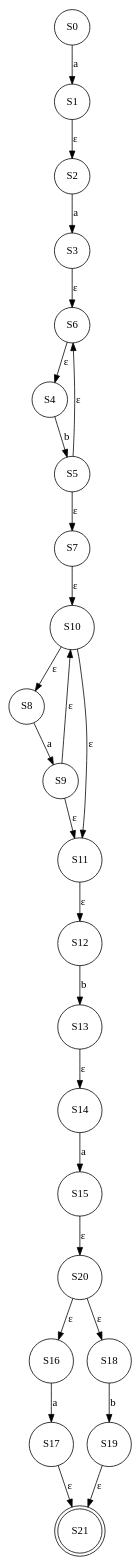
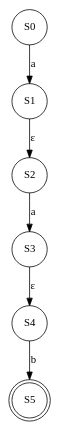
The diagram in output/nfa/nfa.gv (ZiadSheriif/AutoMajestic), drawn with Graphviz before and after one commit. The commit also changed 10 other files, not shown here.

```diff
--- a/output/nfa/nfa.gv
+++ b/output/nfa/nfa.gv
@@ -1,49 +1,13 @@
-digraph {
+digraph NFA {
 	S0 [shape=circle]
 	S0 -> S1 [label=a]
 	S1 [shape=circle]
 	S1 -> S2 [label="ε"]
-	S10 [shape=circle]
-	S10 -> S8 [label="ε"]
-	S10 -> S11 [label="ε"]
-	S11 [shape=circle]
-	S11 -> S12 [label="ε"]
-	S12 [shape=circle]
-	S12 -> S13 [label=b]
-	S13 [shape=circle]
-	S13 -> S14 [label="ε"]
-	S14 [shape=circle]
-	S14 -> S15 [label=a]
-	S15 [shape=circle]
-	S15 -> S20 [label="ε"]
-	S16 [shape=circle]
-	S16 -> S17 [label=a]
-	S17 [shape=circle]
-	S17 -> S21 [label="ε"]
-	S18 [shape=circle]
-	S18 -> S19 [label=b]
-	S19 [shape=circle]
-	S19 -> S21 [label="ε"]
 	S2 [shape=circle]
 	S2 -> S3 [label=a]
-	S20 [shape=circle]
-	S20 -> S16 [label="ε"]
-	S20 -> S18 [label="ε"]
-	S21 [shape=doublecircle]
 	S3 [shape=circle]
-	S3 -> S6 [label="ε"]
+	S3 -> S4 [label="ε"]
 	S4 [shape=circle]
 	S4 -> S5 [label=b]
-	S5 [shape=circle]
-	S5 -> S6 [label="ε"]
-	S5 -> S7 [label="ε"]
-	S6 [shape=circle]
-	S6 -> S4 [label="ε"]
-	S7 [shape=circle]
-	S7 -> S10 [label="ε"]
-	S8 [shape=circle]
-	S8 -> S9 [label=a]
-	S9 [shape=circle]
-	S9 -> S10 [label="ε"]
-	S9 -> S11 [label="ε"]
+	S5 [shape=doublecircle]
 }
```
